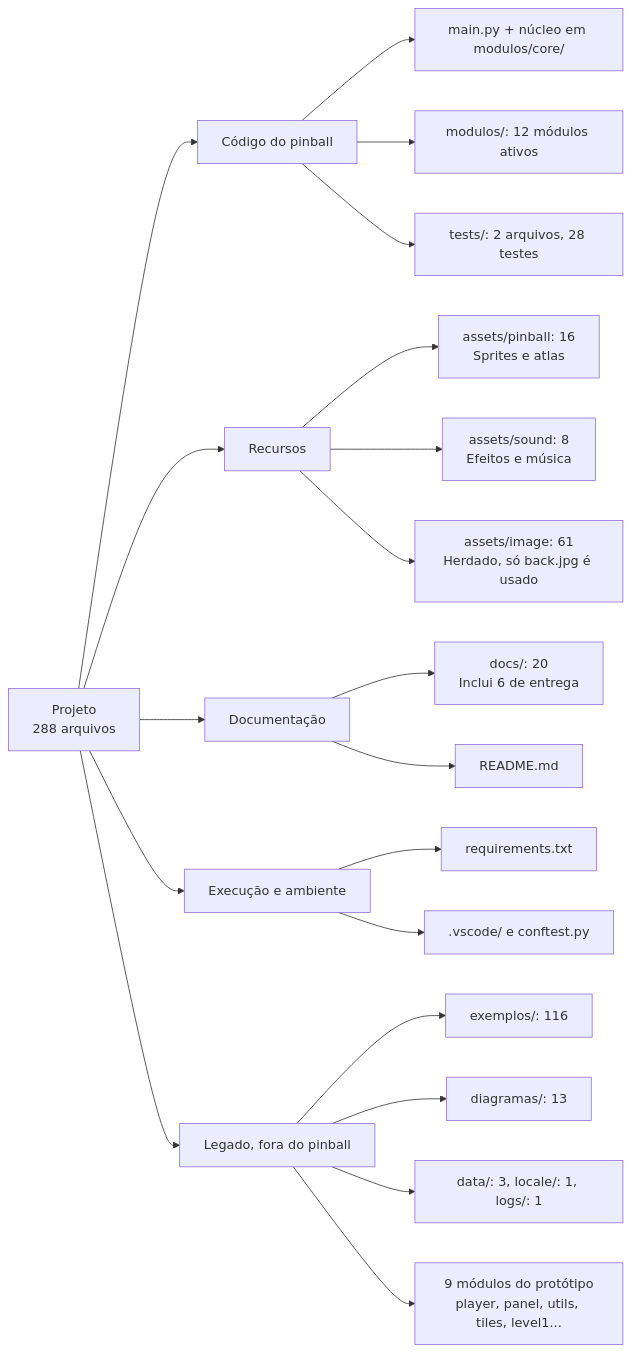
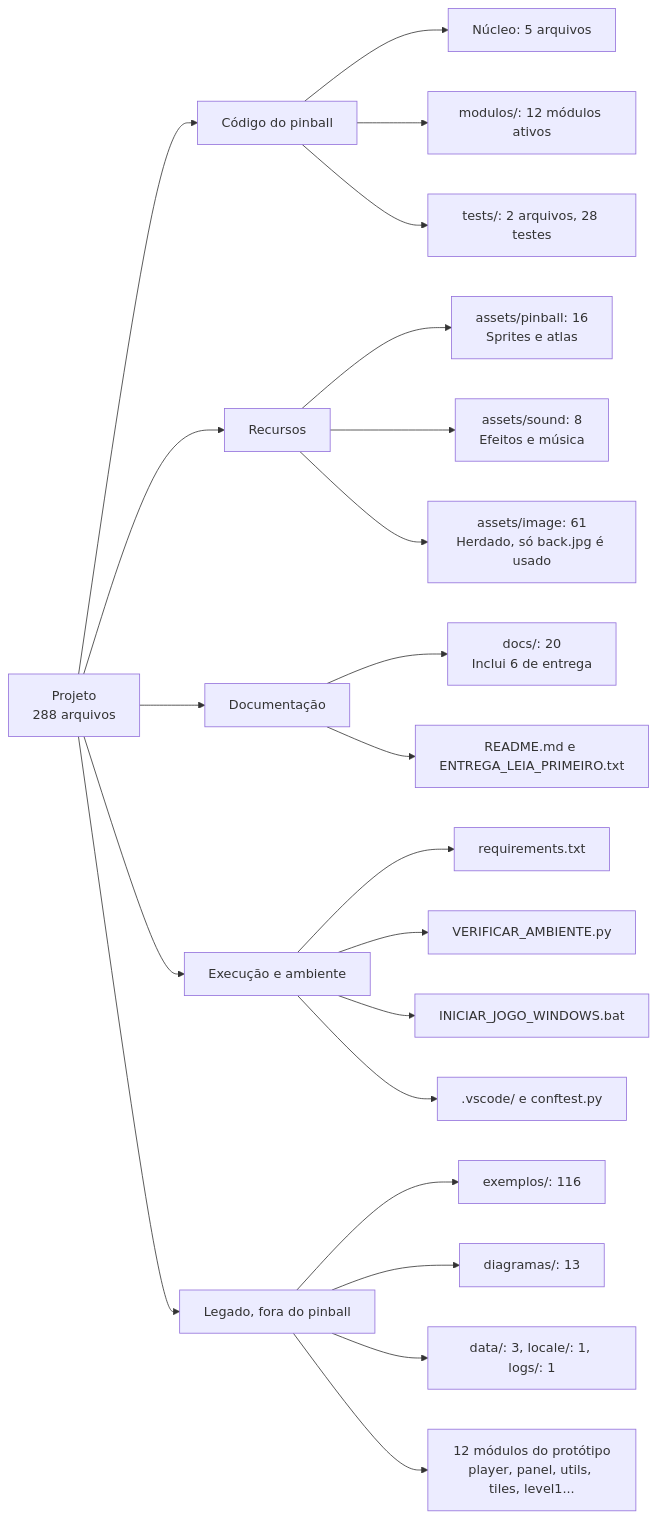
The second of 2 diagrams in README.md (EthanAbner/TAC-III-Pinball), drawn with Mermaid before and after one commit. The commit also changed other lines of this file and 13 other files, not shown here.

````diff
--- a/README.md
+++ b/README.md
@@ -172,28 +192,30 @@
 ```mermaid
 flowchart LR
     ROOT["Projeto<br/>288 arquivos"]
 
     ROOT --> CODE["Código do pinball"]
-    CODE --> C1["main.py + núcleo em modulos/core/"]
+    CODE --> C1["Núcleo: 5 arquivos"]
     CODE --> C2["modulos/: 12 módulos ativos"]
     CODE --> C3["tests/: 2 arquivos, 28 testes"]
 
     ROOT --> RES["Recursos"]
     RES --> R1["assets/pinball: 16<br/>Sprites e atlas"]
     RES --> R2["assets/sound: 8<br/>Efeitos e música"]
     RES --> R3["assets/image: 61<br/>Herdado, só back.jpg é usado"]
 
     ROOT --> DOC["Documentação"]
     DOC --> D1["docs/: 20<br/>Inclui 6 de entrega"]
-    DOC --> D2["README.md"]
+    DOC --> D2["README.md e ENTREGA_LEIA_PRIMEIRO.txt"]
 
     ROOT --> SETUP["Execução e ambiente"]
     SETUP --> S1["requirements.txt"]
+    SETUP --> S2["VERIFICAR_AMBIENTE.py"]
+    SETUP --> S3["INICIAR_JOGO_WINDOWS.bat"]
     SETUP --> S4[".vscode/ e conftest.py"]
 
     ROOT --> OLD["Legado, fora do pinball"]
     OLD --> O1["exemplos/: 116"]
     OLD --> O2["diagramas/: 13"]
     OLD --> O3["data/: 3, locale/: 1, logs/: 1"]
-    OLD --> O4["9 módulos do protótipo<br/>player, panel, utils, tiles, level1..."]
+    OLD --> O4["12 módulos do protótipo<br/>player, panel, utils, tiles, level1..."]
 ```
````
